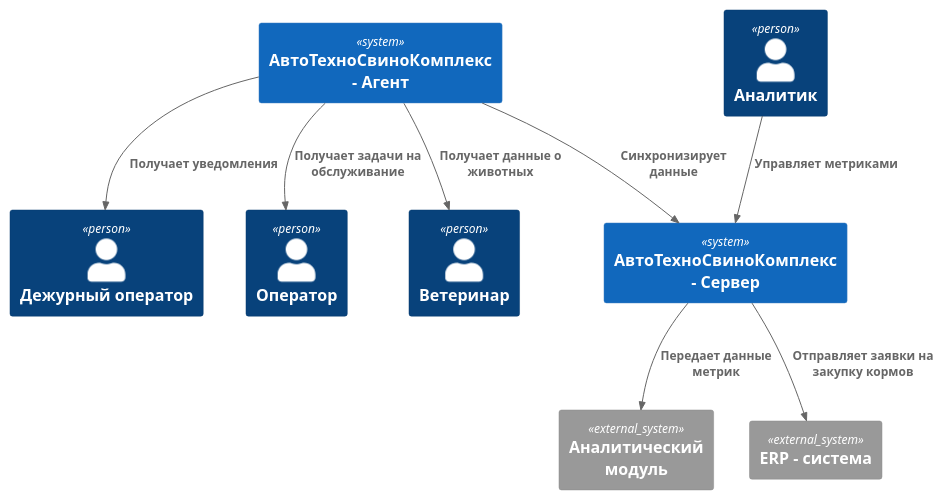
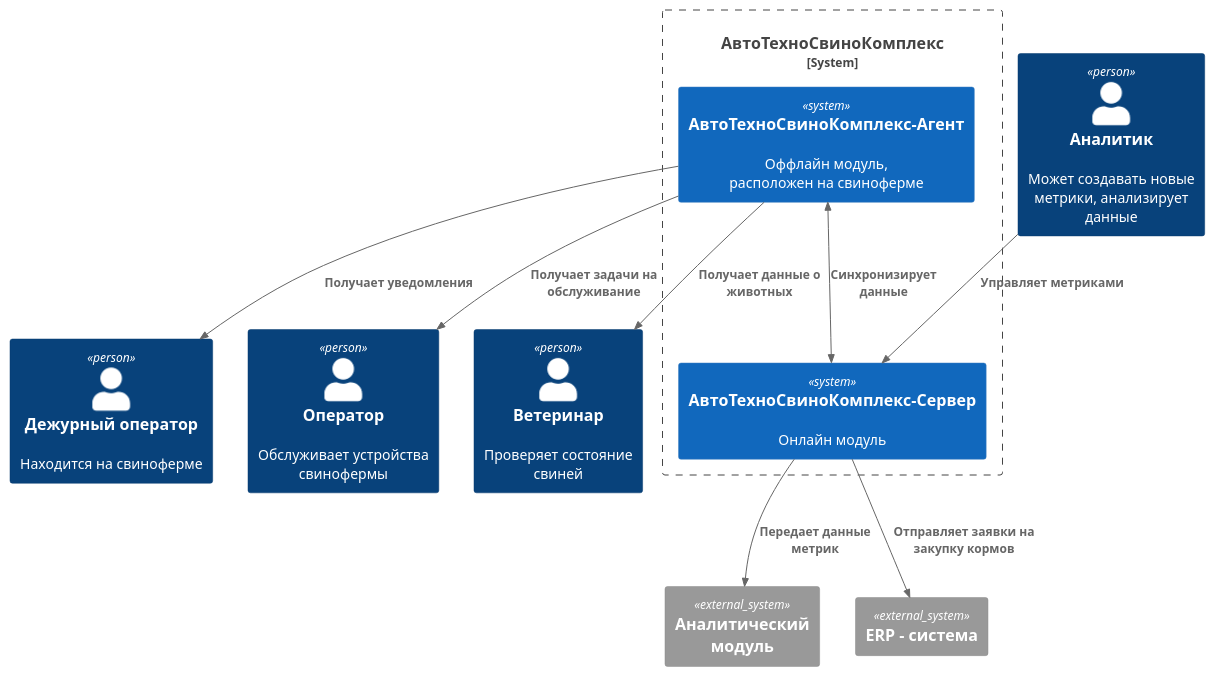
Before and after one commit to mirray/MSA-AgroTech: the diagram in Task1/ATCK_C4_Context_alternative.puml, drawn with PlantUML. The commit also changed 1 other file, not shown here.

```diff
--- a/Task1/ATCK_C4_Context_alternative.puml
+++ b/Task1/ATCK_C4_Context_alternative.puml
@@ -1,22 +1,23 @@
 @startuml Архитектура_АвтоТехноСвиноКомплекс_v1_Альтернативное_Решение
 !include  <C4/C4_Context>
-Person(duty_operator, "Дежурный оператор")
-Person(operator, "Оператор")
-Person(analytic, "Аналитик")
-Person(vet, "Ветеринар")
+Person(duty_operator, "Дежурный оператор", "Находится на свиноферме")
+Person(analytic, "Аналитик", "Может создавать новые метрики, анализирует данные")
+Person(operator, "Оператор", "Обслуживает устройства свинофермы")
+Person(vet, "Ветеринар", "Проверяет состояние свиней")
 
-System(atck_agent, "АвтоТехноСвиноКомплекс - Агент")
-System(atck_server, "АвтоТехноСвиноКомплекс - Сервер")
-Rel(atck_agent, atck_server, "Синхронизирует данные")
+System_Boundary(atck, "АвтоТехноСвиноКомплекс"){
+    System(atck_agent, "АвтоТехноСвиноКомплекс-Агент", "Оффлайн модуль, расположен на свиноферме")
+    System(atck_server, "АвтоТехноСвиноКомплекс-Сервер", "Онлайн модуль")
+    BiRel(atck_agent, atck_server, "Синхронизирует данные")
+}
+
+System_Ext(analytic_module, "Аналитический модуль")
+System_Ext(erp, "ERP - система")
 
 Rel(atck_agent, duty_operator, "Получает уведомления")
 Rel(atck_agent, operator, "Получает задачи на обслуживание")
 Rel(atck_agent, vet, "Получает данные о животных")
 Rel(analytic, atck_server, "Управляет метриками")
-
-System_Ext(analytic_module, "Аналитический модуль")
-System_Ext(erp, "ERP - система")
-
 Rel(atck_server, analytic_module, "Передает данные метрик")
 Rel(atck_server, erp, "Отправляет заявки на закупку кормов")
 @enduml
```
